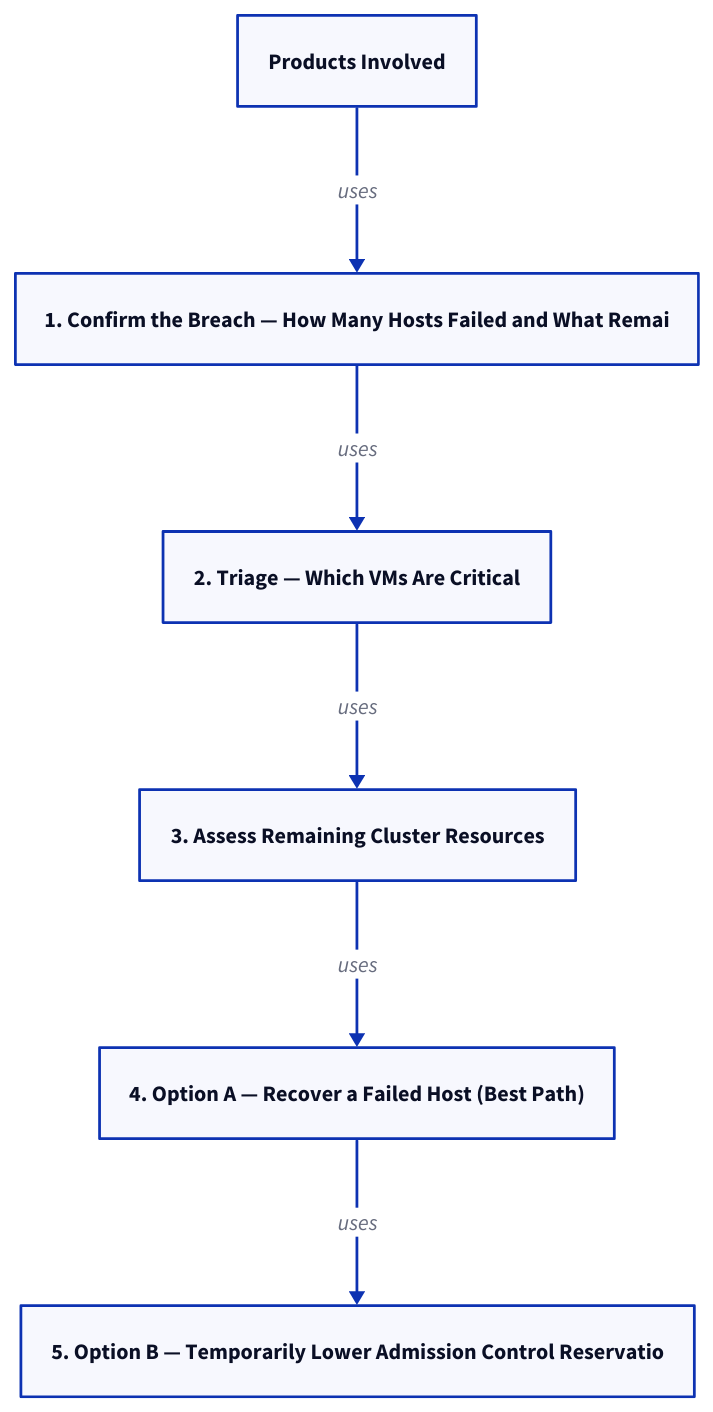
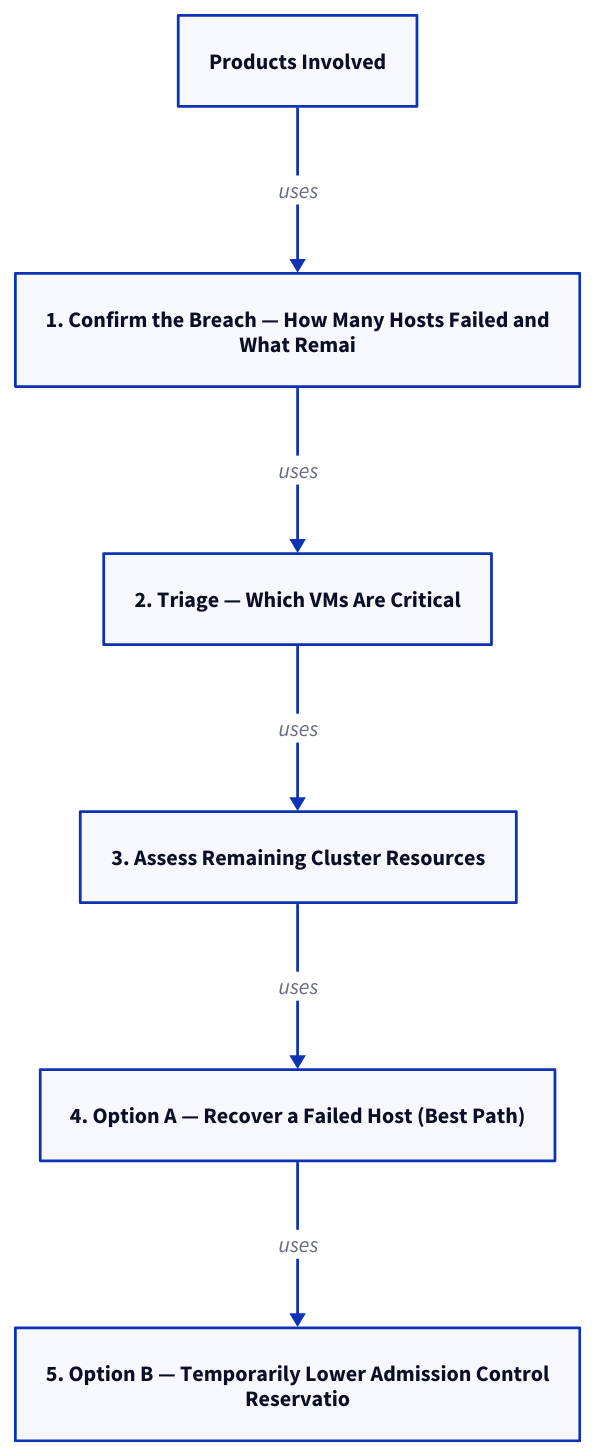
The diagram in docs/virtualization/vmware/topics/scenarios/ha-admission-control-breach.md (canast01/chris-kb), drawn with D2 before and after one commit. The commit also changed other lines of this file and 192 other files, not shown here.

````diff
--- a/docs/virtualization/vmware/topics/scenarios/ha-admission-control-breach.md
+++ b/docs/virtualization/vmware/topics/scenarios/ha-admission-control-breach.md
@@ -18,16 +18,16 @@
 ```d2
 direction: down
 
 products_involved: "Products Involved" {shape: rectangle}
-1_confirm_the_breach_how_many_hosts_: "1. Confirm the Breach — How Many Hosts Failed and What Remai" {shape: rectangle}
+1_confirm_the_breach_how_many_hosts_: "1. Confirm the Breach — How Many Hosts Failed and\nWhat Remai" {shape: rectangle}
 2_triage_which_vms_are_critical: "2. Triage — Which VMs Are Critical" {shape: rectangle}
 3_assess_remaining_cluster_resources: "3. Assess Remaining Cluster Resources" {shape: rectangle}
 4_option_a_recover_a_failed_host_bes: "4. Option A — Recover a Failed Host (Best Path)" {shape: rectangle}
-5_option_b_temporarily_lower_admissi: "5. Option B — Temporarily Lower Admission Control Reservatio" {shape: rectangle}
+5_option_b_temporarily_lower_admissi: "5. Option B — Temporarily Lower Admission Control\nReservatio" {shape: rectangle}
 
 products_involved -> 1_confirm_the_breach_how_many_hosts_: uses
 1_confirm_the_breach_how_many_hosts_ -> 2_triage_which_vms_are_critical: uses
 2_triage_which_vms_are_critical -> 3_assess_remaining_cluster_resources: uses
 3_assess_remaining_cluster_resources -> 4_option_a_recover_a_failed_host_bes: uses
 4_option_a_recover_a_failed_host_bes -> 5_option_b_temporarily_lower_admissi: uses
 ```
````
